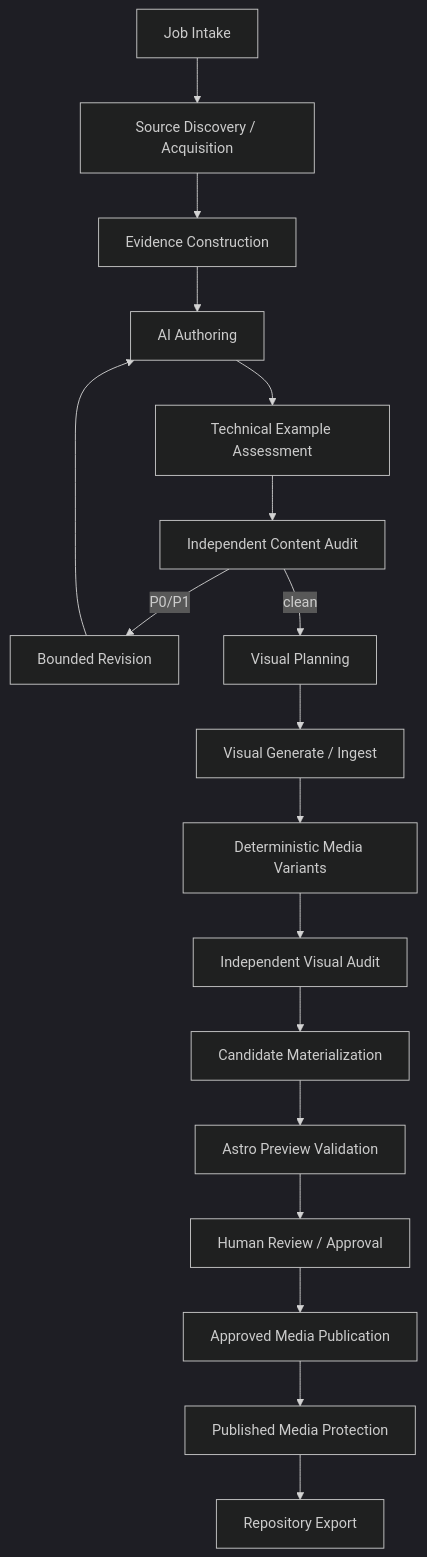
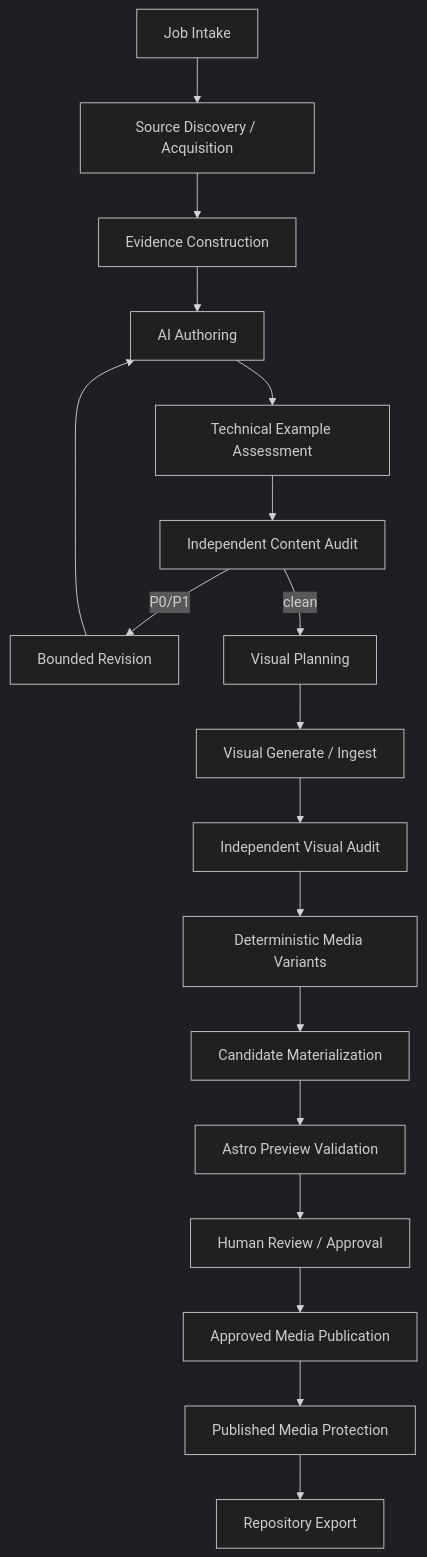
The diagram in docs/architecture/article-pipeline.md (Xpotato1024/xpotato-site), drawn with Mermaid (dark theme) before and after one commit. The commit also changed other lines of this file, not shown here.

Commit message:
Generate responsive variants only after visual audit

````diff
--- a/docs/architecture/article-pipeline.md
+++ b/docs/architecture/article-pipeline.md
@@ -23,24 +23,24 @@
 ```mermaid
 flowchart TD
     A[Job Intake]
     B[Source Discovery / Acquisition]
     C[Evidence Construction]
     D[AI Authoring]
     E[Technical Example Assessment]
     F[Independent Content Audit]
     G[Bounded Revision]
     H[Visual Planning]
     I[Visual Generate / Ingest]
+    J[Independent Visual Audit]
     IV[Deterministic Media Variants]
-    J[Independent Visual Audit]
     K[Candidate Materialization]
     L[Astro Preview Validation]
     M[Human Review / Approval]
     N[Approved Media Publication]
     O[Published Media Protection]
     P[Repository Export]
 
     A --> B --> C --> D --> E --> F
     F -->|P0/P1| G --> D
-    F -->|clean| H --> I --> IV --> J --> K --> L --> M --> N --> O --> P
+    F -->|clean| H --> I --> J --> IV --> K --> L --> M --> N --> O --> P
 ```
````
